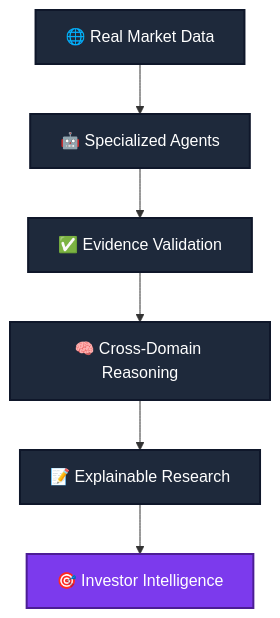
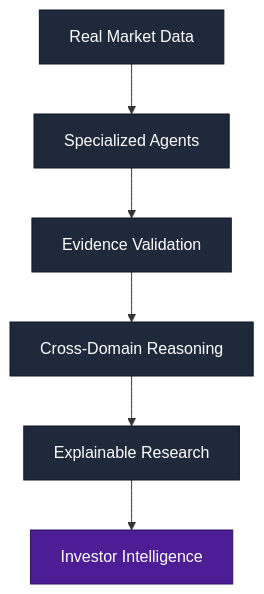
Before and after one commit to bbhavya34/StockLens: the first of 7 diagrams in README.md, drawn with Mermaid. The commit also changed other lines of this file, not shown here.

````diff
--- a/README.md
+++ b/README.md
@@ -96,14 +91,14 @@
 ```mermaid
 flowchart TB
-    A[🌐 Real Market Data] --> B[🤖 Specialized Agents]
-    B --> C[✅ Evidence Validation]
-    C --> D[🧠 Cross-Domain Reasoning]
-    D --> E[📝 Explainable Research]
-    E --> F[🎯 Investor Intelligence]
+    A[Real Market Data] --> B[Specialized Agents]
+    B --> C[Evidence Validation]
+    C --> D[Cross-Domain Reasoning]
+    D --> E[Explainable Research]
+    E --> F[Investor Intelligence]
 
-    classDef step fill:#1E293B,stroke:#0F172A,color:#fff,stroke-width:2px
-    classDef final fill:#7C3AED,stroke:#4C1D95,color:#fff,stroke-width:2px
+    classDef step fill:#1E293B,stroke:#0F172A,color:#fff,stroke-width:1px
+    classDef final fill:#4C1D95,stroke:#2E1065,color:#fff,stroke-width:1px
 
     class A,B,C,D,E step
     class F final
 ```
````
